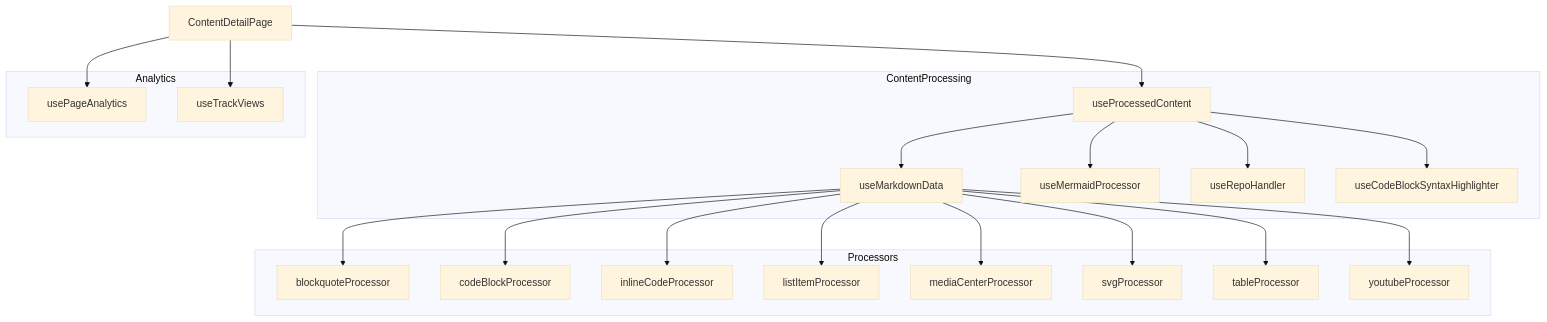
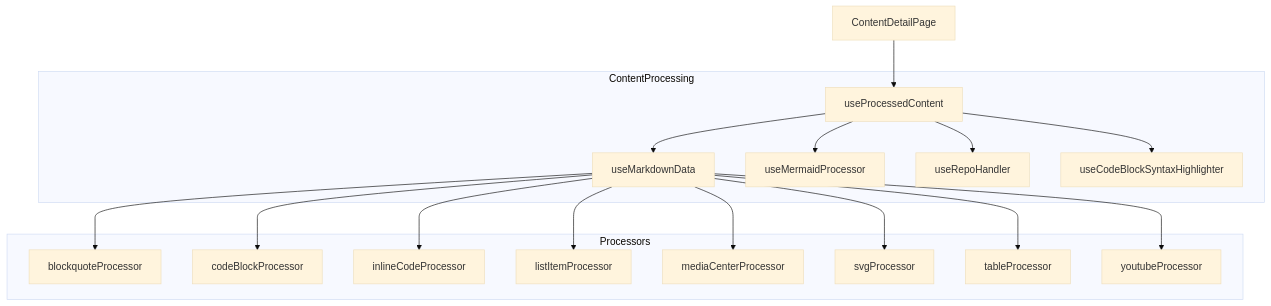
Before and after one commit to proSamik/prosamik-nextjs-app: the third of 3 diagrams in PROJECT.md, drawn with Mermaid (base theme). The commit also changed other lines of this file and 1 other file, not shown here.

First line of the commit message:
refactor: Remove feedback-related components and analytics hooks from documentation and project structure

````diff
--- a/PROJECT.md
+++ b/PROJECT.md
@@ -84,45 +77,37 @@
 ```mermaid
 flowchart TD
     subgraph ContentProcessing
         PC[useProcessedContent]
         MD[useMarkdownData]
         MP[useMermaidProcessor]
         RH[useRepoHandler]
         CSH[useCodeBlockSyntaxHighlighter]
     end
 
     subgraph Processors
         BP[blockquoteProcessor]
         CP[codeBlockProcessor]
         IP[inlineCodeProcessor]
         LP[listItemProcessor]
         MP2[mediaCenterProcessor]
         SP[svgProcessor]
         TP[tableProcessor]
         YP[youtubeProcessor]
     end
 
-    subgraph Analytics
-        PA[usePageAnalytics]
-        TV[useTrackViews]
-    end
-
     PC --> MD
     PC --> MP
     PC --> RH
     PC --> CSH
 
     MD --> BP
     MD --> CP
     MD --> IP
     MD --> LP
     MD --> MP2
     MD --> SP
     MD --> TP
     MD --> YP
 
     CDP[ContentDetailPage] --> PC
-    CDP --> PA
-    CDP --> TV
-
 ```
````
